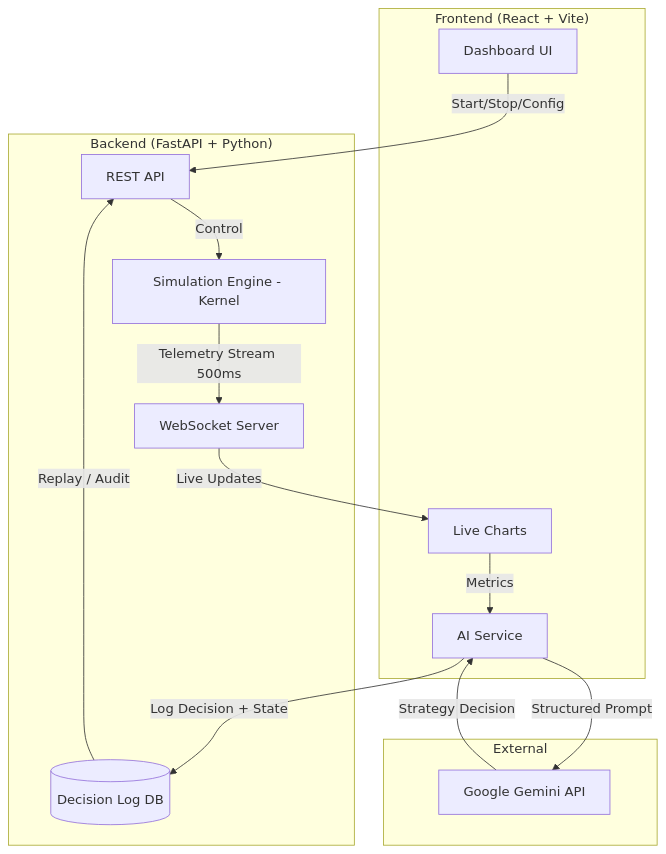
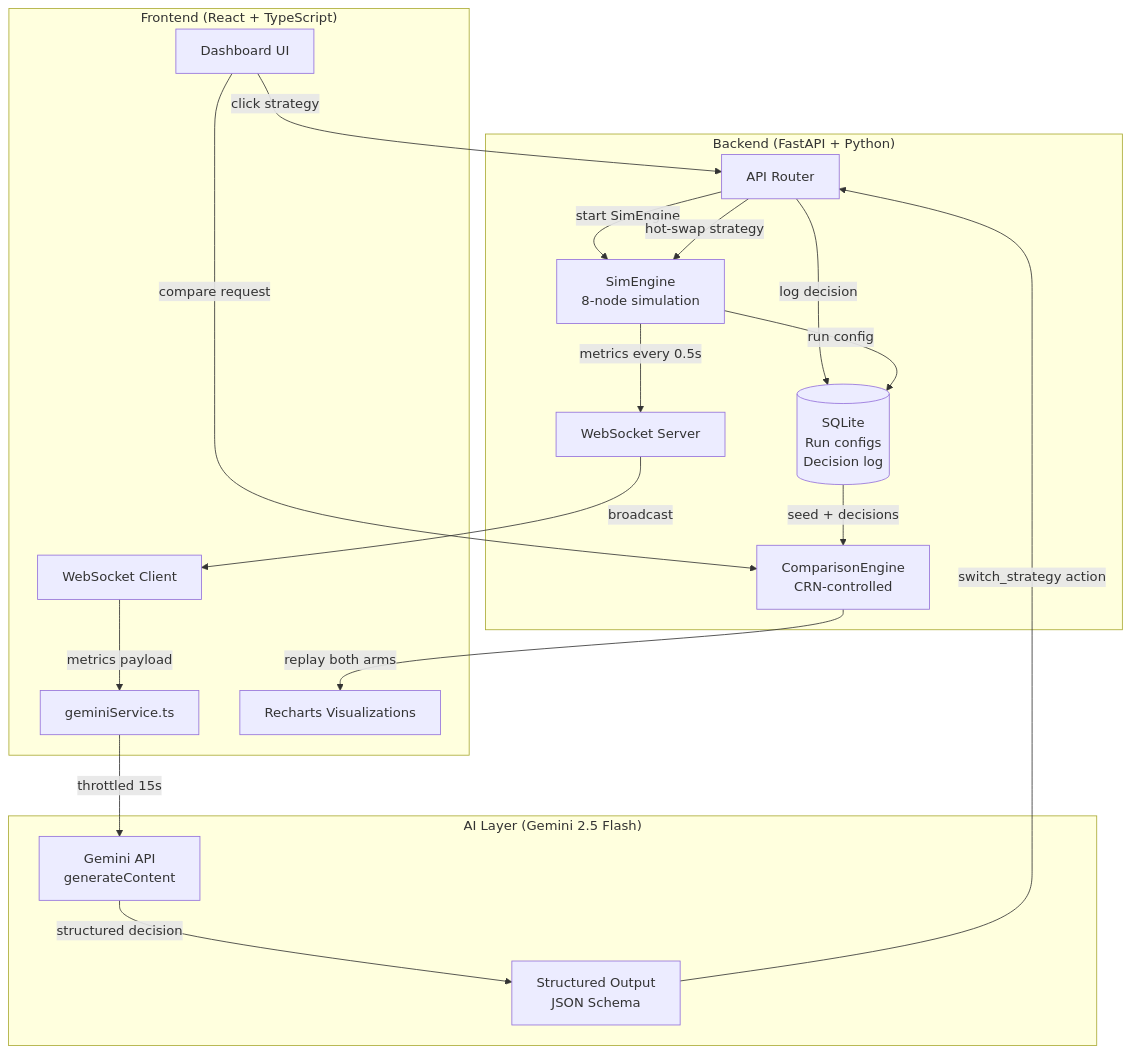
The first of 8 diagrams in README.md (ashmeenkhaira/SchedulerAI-orchestrator), drawn with Mermaid before and after one commit. The commit also changed other lines of this file, not shown here.

````diff
--- a/README.md
+++ b/README.md
@@ -76,29 +92,37 @@
 ```mermaid
-graph TD
-  subgraph Frontend ["Frontend (React + Vite)"]
-    UI[Dashboard UI]
-    Agent[AI Service]
-    Chart[Live Charts]
-  end
+graph TB
+    subgraph Frontend["Frontend (React + TypeScript)"]
+        UI[Dashboard UI]
+        WS_CLIENT[WebSocket Client]
+        GEMINI_SVC[geminiService.ts]
+        CHARTS[Recharts Visualizations]
+    end
 
-  subgraph Backend ["Backend (FastAPI + Python)"]
-    API[REST API]
-    WS[WebSocket Server]
-    Sim[Simulation Engine - Kernel]
-    DB[(Decision Log DB)]
-  end
+    subgraph Backend["Backend (FastAPI + Python)"]
+        API[API Router]
+        ENGINE[SimEngine\n8-node simulation]
+        COMP[ComparisonEngine\nCRN-controlled]
+        WS_SERVER[WebSocket Server]
+        DB[(SQLite\nRun configs\nDecision log)]
+    end
 
-  subgraph External
-    Gemini[Google Gemini API]
-  end
+    subgraph AI["AI Layer (Gemini 2.5 Flash)"]
+        GEMINI[Gemini API\ngenerateContent]
+        SCHEMA[Structured Output\nJSON Schema]
+    end
 
-  UI -->|Start/Stop/Config| API
-  API -->|Control| Sim
-  Sim -->|Telemetry Stream 500ms| WS
-  WS -->|Live Updates| Chart
-  Chart -->|Metrics| Agent
-  Agent -->|Structured Prompt| Gemini
-  Gemini -->|Strategy Decision| Agent
-  Agent -->|Log Decision + State| DB
-  DB -->|Replay / Audit| API
+    UI -->|click strategy| API
+    API -->|start SimEngine| ENGINE
+    ENGINE -->|metrics every 0.5s| WS_SERVER
+    WS_SERVER -->|broadcast| WS_CLIENT
+    WS_CLIENT -->|metrics payload| GEMINI_SVC
+    GEMINI_SVC -->|throttled 15s| GEMINI
+    GEMINI -->|structured decision| SCHEMA
+    SCHEMA -->|switch_strategy action| API
+    API -->|hot-swap strategy| ENGINE
+    API -->|log decision| DB
+    ENGINE -->|run config| DB
+    UI -->|compare request| COMP
+    DB -->|seed + decisions| COMP
+    COMP -->|replay both arms| CHARTS
 ```
````
